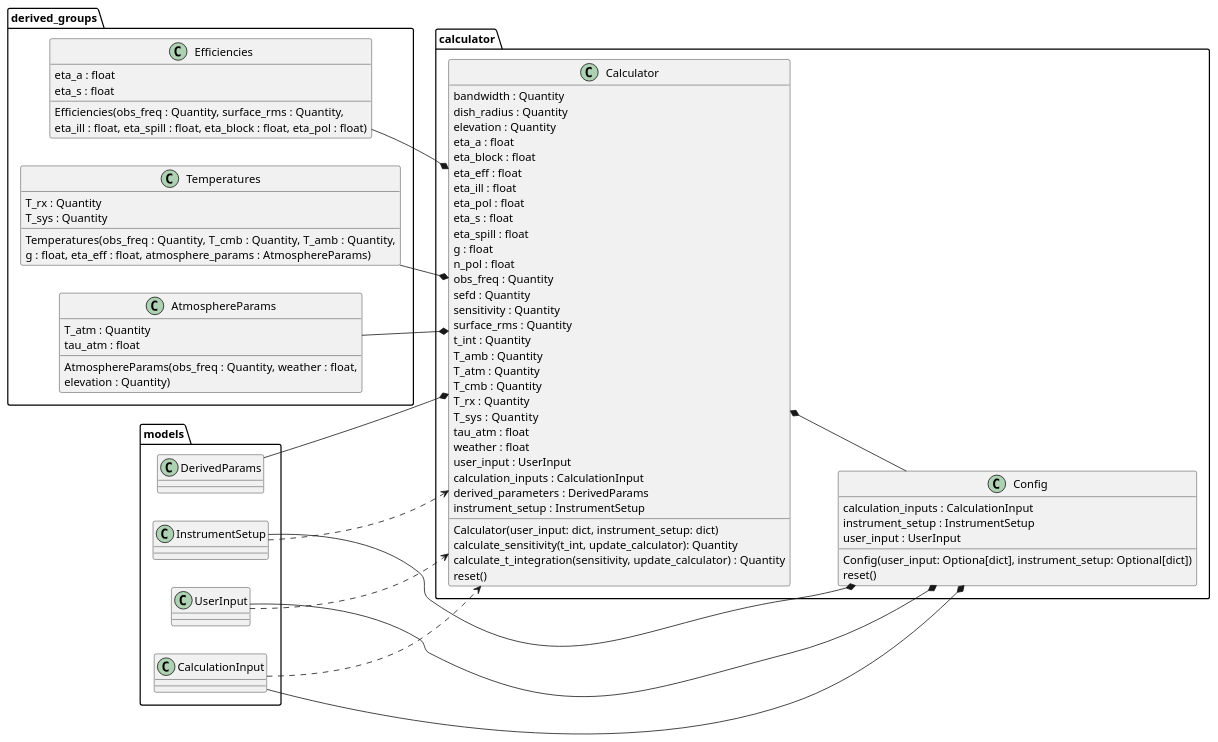
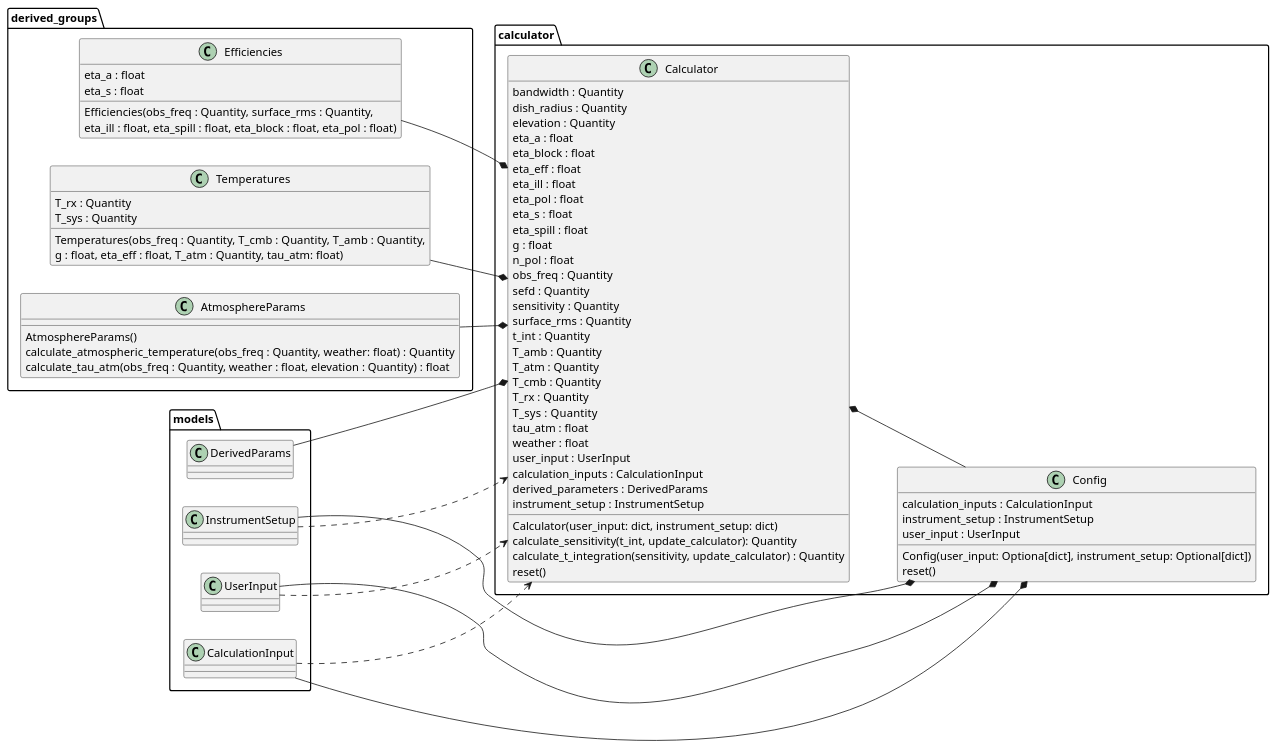
Before and after one commit to ukatc/AtLAST_sensitivity_calculator: the diagram in docs/source/code_docs/calculator_uml.rst, drawn with PlantUML. The commit also changed 9 other files, not shown here.

```diff
--- a/docs/source/code_docs/calculator_uml.rst
+++ b/docs/source/code_docs/calculator_uml.rst
@@ -4,77 +4,76 @@
 .. uml::
 
     @startuml calculator
 
     left to right direction
 
     class "AtmosphereParams" as derived_groups.AtmosphereParams {
-      T_atm : Quantity
-      tau_atm : float
-      AtmosphereParams(obs_freq : Quantity, weather : float,
-      elevation : Quantity)
+      AtmosphereParams()
+      calculate_atmospheric_temperature(obs_freq : Quantity, weather: float) : Quantity
+      calculate_tau_atm(obs_freq : Quantity, weather : float, elevation : Quantity) : float
     }
     class "Calculator" as calculator.Calculator {
       bandwidth : Quantity
       dish_radius : Quantity
       elevation : Quantity
       eta_a : float
       eta_block : float
       eta_eff : float
       eta_ill : float
       eta_pol : float
       eta_s : float
       eta_spill : float
       g : float
       n_pol : float
       obs_freq : Quantity
       sefd : Quantity
       sensitivity : Quantity
       surface_rms : Quantity
       t_int : Quantity
       T_amb : Quantity
       T_atm : Quantity
       T_cmb : Quantity
       T_rx : Quantity
       T_sys  : Quantity
       tau_atm : float
       weather : float
       user_input : UserInput
       calculation_inputs : CalculationInput
       derived_parameters : DerivedParams
       instrument_setup : InstrumentSetup
       Calculator(user_input: dict, instrument_setup: dict)
       calculate_sensitivity(t_int, update_calculator): Quantity
       calculate_t_integration(sensitivity, update_calculator) : Quantity
       reset()
     }
     class "Config" as calculator.Config {
       calculation_inputs : CalculationInput
       instrument_setup : InstrumentSetup
       user_input : UserInput
       Config(user_input: Optiona[dict], instrument_setup: Optional[dict])
       reset()
     }
     class "Efficiencies" as derived_groups.Efficiencies {
       eta_a : float
       eta_s : float
       Efficiencies(obs_freq : Quantity, surface_rms : Quantity,
       eta_ill : float, eta_spill : float, eta_block : float, eta_pol : float)
     }
     class "Temperatures" as derived_groups.Temperatures {
       T_rx : Quantity
       T_sys : Quantity
       Temperatures(obs_freq : Quantity, T_cmb : Quantity, T_amb : Quantity,
-      g : float, eta_eff : float, atmosphere_params : AtmosphereParams)
+      g : float, eta_eff : float, T_atm : Quantity, tau_atm: float)
     }
     derived_groups.Efficiencies --* calculator.Calculator
     derived_groups.Temperatures --* calculator.Calculator
     derived_groups.AtmosphereParams --* calculator.Calculator
     models.CalculationInput --* calculator.Config
     models.InstrumentSetup --* calculator.Config
     models.UserInput --* calculator.Config
     calculator.Calculator *-- models.DerivedParams
     models.CalculationInput ..> calculator.Calculator
     models.InstrumentSetup ..> calculator.Calculator
     models.UserInput ..> calculator.Calculator
     calculator.Calculator *-- calculator.Config
     @enduml
```
